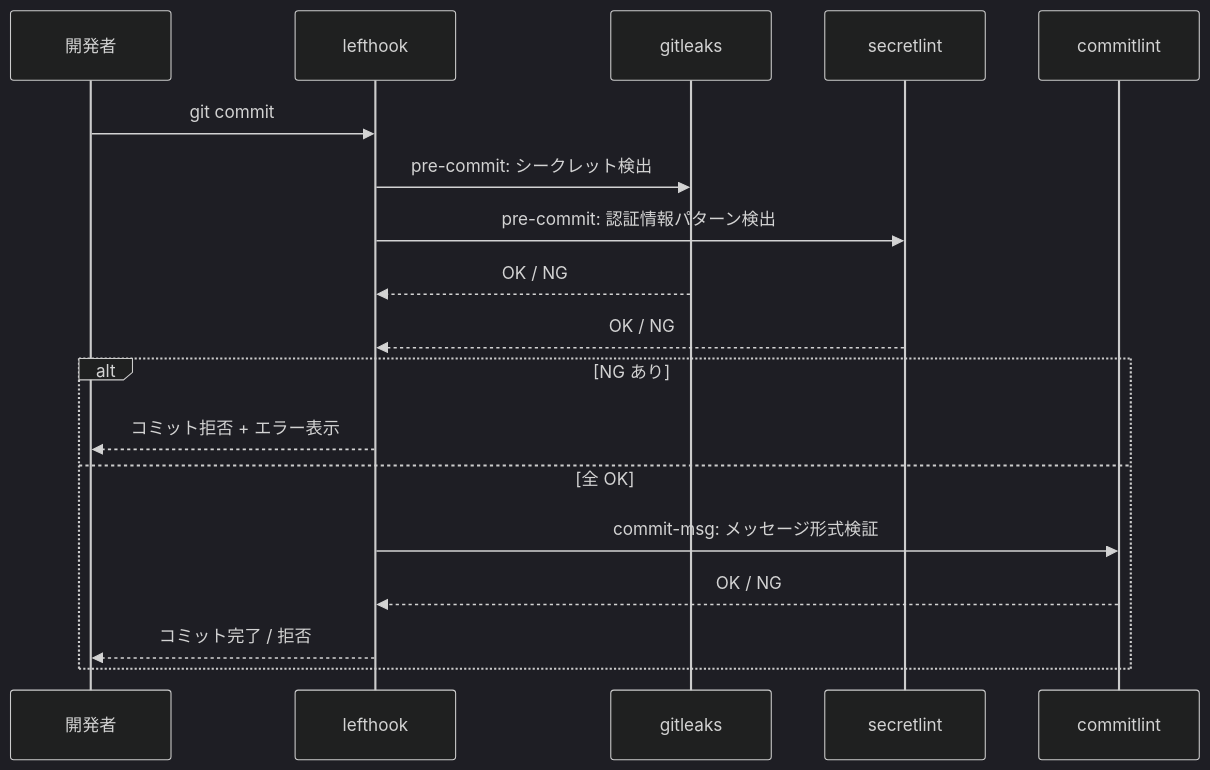
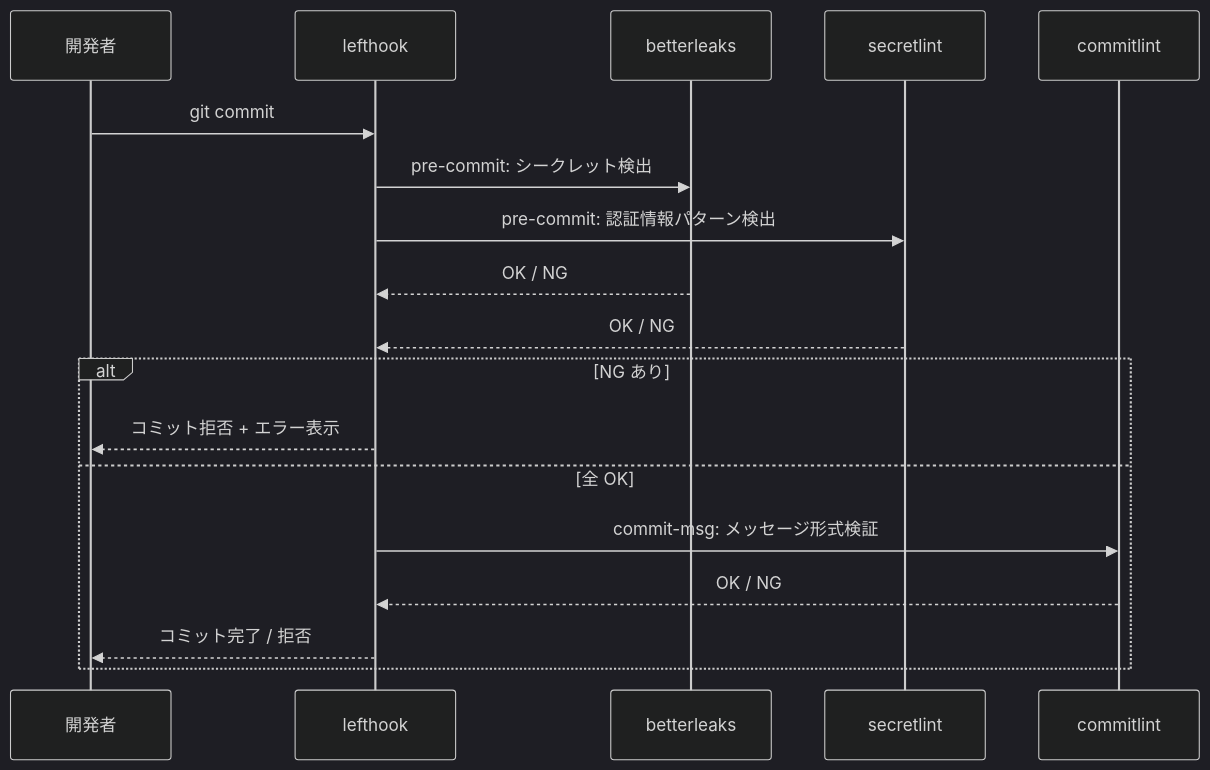
Before and after one commit to aglabo/ci-platform: the third of 3 diagrams in docs/developer-guide/03-architecture.ja.mdx, drawn with Mermaid (dark theme). The commit also changed other lines of this file and 50 other files, not shown here.

````diff
--- a/docs/developer-guide/03-architecture.ja.mdx
+++ b/docs/developer-guide/03-architecture.ja.mdx
@@ -138,22 +138,22 @@
 ```mermaid
 sequenceDiagram
     participant dev as 開発者
     participant lh as lefthook
-    participant gl as gitleaks
+    participant bl as betterleaks
     participant sl as secretlint
     participant cl as commitlint
 
     dev->>lh: git commit
-    lh->>gl: pre-commit: シークレット検出
+    lh->>bl: pre-commit: シークレット検出
     lh->>sl: pre-commit: 認証情報パターン検出
-    gl-->>lh: OK / NG
+    bl-->>lh: OK / NG
     sl-->>lh: OK / NG
 
     alt NG あり
         lh-->>dev: コミット拒否 + エラー表示
     else 全 OK
         lh->>cl: commit-msg: メッセージ形式検証
         cl-->>lh: OK / NG
         lh-->>dev: コミット完了 / 拒否
     end
 ```
````
